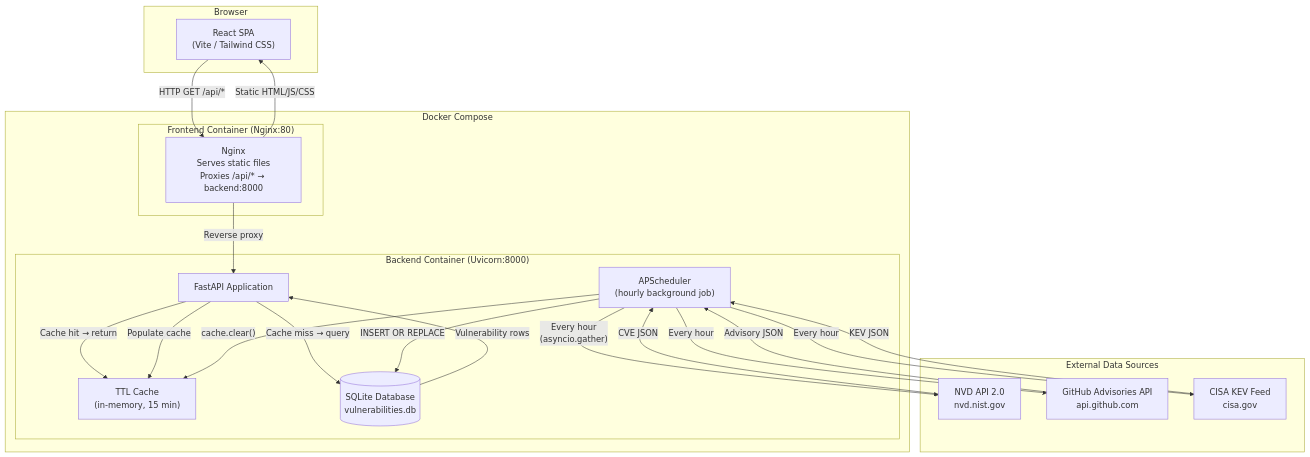
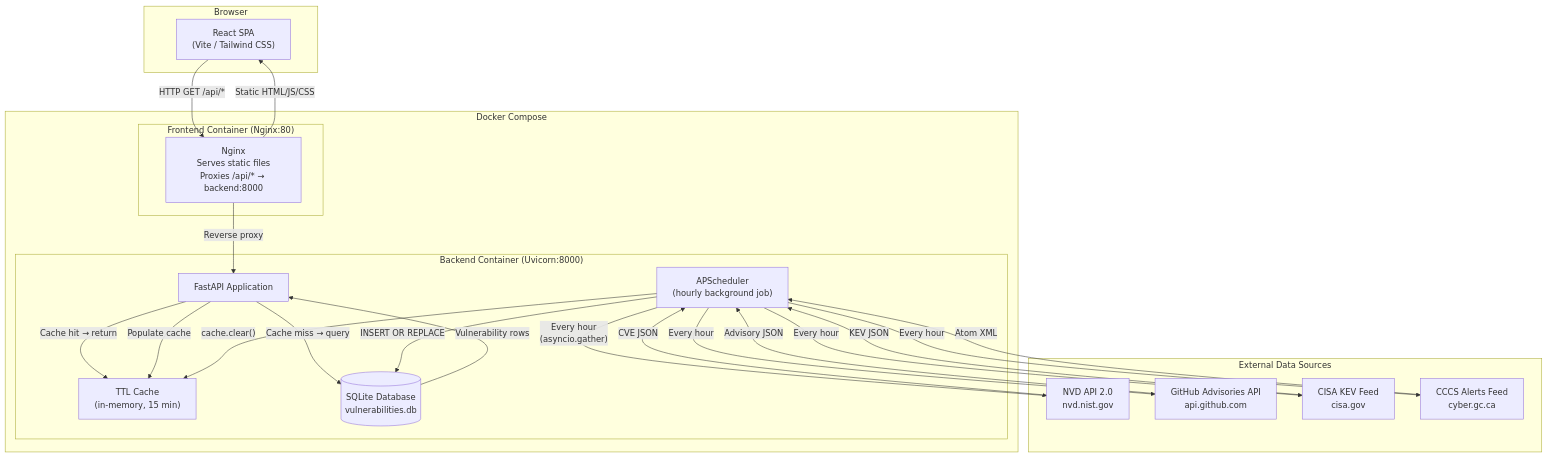
Before and after one commit to rampeand/vuln-tracker: the first of 4 diagrams in ARCHITECTURE.md, drawn with Mermaid. The commit also changed other lines of this file and 6 other files, not shown here.

````diff
--- a/ARCHITECTURE.md
+++ b/ARCHITECTURE.md
@@ -11,43 +11,46 @@
 ```mermaid
 graph TB
     subgraph Browser["Browser"]
         UI["React SPA\n(Vite / Tailwind CSS)"]
     end
 
     subgraph DockerCompose["Docker Compose"]
         subgraph FE["Frontend Container (Nginx:80)"]
             NGINX["Nginx\nServes static files\nProxies /api/* → backend:8000"]
         end
 
         subgraph BE["Backend Container (Uvicorn:8000)"]
             API["FastAPI Application"]
             CACHE["TTL Cache\n(in-memory, 15 min)"]
             SCHED["APScheduler\n(hourly background job)"]
             DB[("SQLite Database\nvulnerabilities.db")]
         end
     end
 
     subgraph External["External Data Sources"]
         NVD["NVD API 2.0\nnvd.nist.gov"]
         GH["GitHub Advisories API\napi.github.com"]
         CISA["CISA KEV Feed\ncisa.gov"]
+        CCCS["CCCS Alerts Feed\ncyber.gc.ca"]
     end
 
     UI -->|"HTTP GET /api/*"| NGINX
     NGINX -->|"Static HTML/JS/CSS"| UI
     NGINX -->|"Reverse proxy"| API
 
     API -->|"Cache hit → return"| CACHE
     API -->|"Cache miss → query"| DB
     DB -->|"Vulnerability rows"| API
     API -->|"Populate cache"| CACHE
 
     SCHED -->|"Every hour\n(asyncio.gather)"| NVD
     SCHED -->|"Every hour"| GH
     SCHED -->|"Every hour"| CISA
+    SCHED -->|"Every hour"| CCCS
     NVD -->|"CVE JSON"| SCHED
     GH -->|"Advisory JSON"| SCHED
     CISA -->|"KEV JSON"| SCHED
+    CCCS -->|"Atom XML"| SCHED
     SCHED -->|"INSERT OR REPLACE"| DB
     SCHED -->|"cache.clear()"| CACHE
 ```
````
